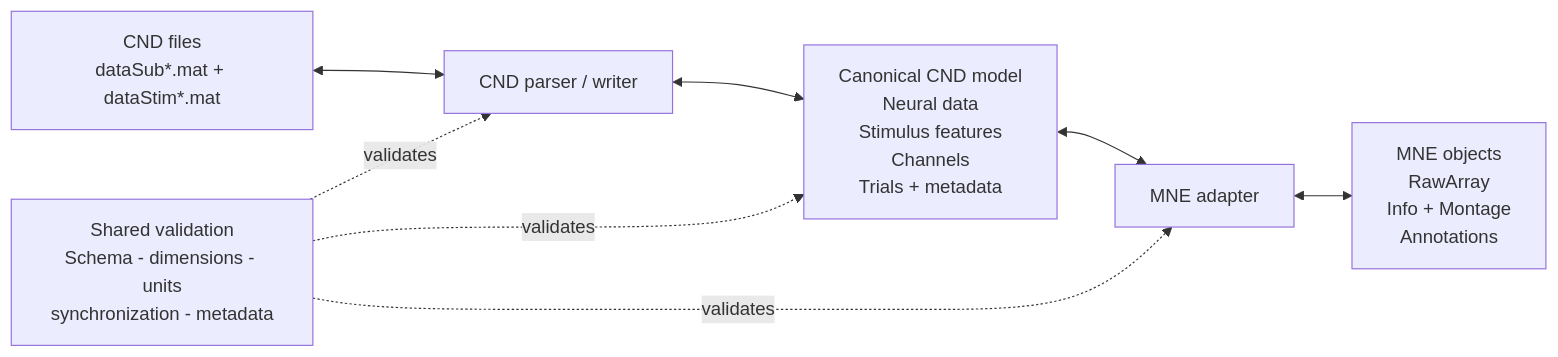
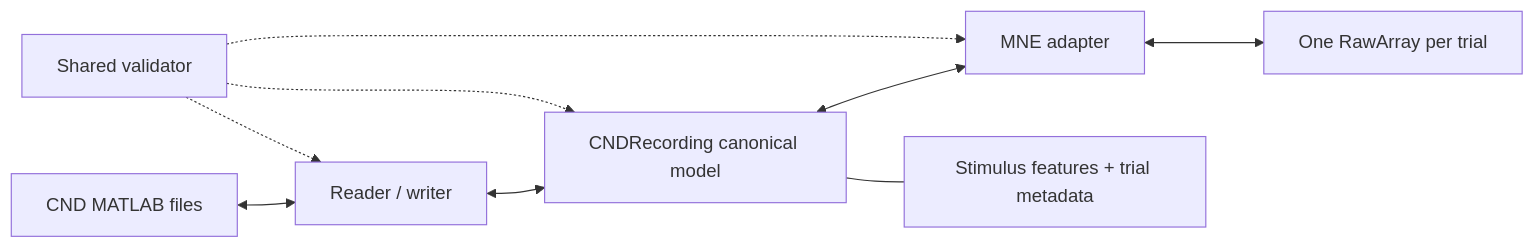
One commit to finnjclancy/cnd-mne-converter changed the diagram in README.md. Above: the diagram before and after it, drawn with Mermaid. The commit also changed other lines of this file and 25 other files, not shown here.

Commit message:
Implement initial bidirectional CND-MNE prototype

````diff
--- a/README.md
+++ b/README.md
@@ -22,18 +36,11 @@
 ```mermaid
 flowchart LR
-    CND["CND files<br/>dataSub*.mat + dataStim*.mat"]
-    CP["CND parser / writer"]
-    IR["Canonical CND model<br/>Neural data<br/>Stimulus features<br/>Channels<br/>Trials + metadata"]
-    MA["MNE adapter"]
-    MNE["MNE objects<br/>RawArray<br/>Info + Montage<br/>Annotations"]
-    V["Shared validation<br/>Schema - dimensions - units<br/>synchronization - metadata"]
-
-    CND <--> CP
-    CP <--> IR
-    IR <--> MA
-    MA <--> MNE
-
-    V -. validates .-> CP
-    V -. validates .-> IR
-    V -. validates .-> MA
+    CND["CND MATLAB files"] <--> IO["Reader / writer"]
+    IO <--> MODEL["CNDRecording canonical model"]
+    MODEL <--> ADAPTER["MNE adapter"]
+    ADAPTER <--> MNE["One RawArray per trial"]
+    MODEL --- STIM["Stimulus features + trial metadata"]
+    VALIDATE["Shared validator"] -.-> IO
+    VALIDATE -.-> MODEL
+    VALIDATE -.-> ADAPTER
 ```
````
